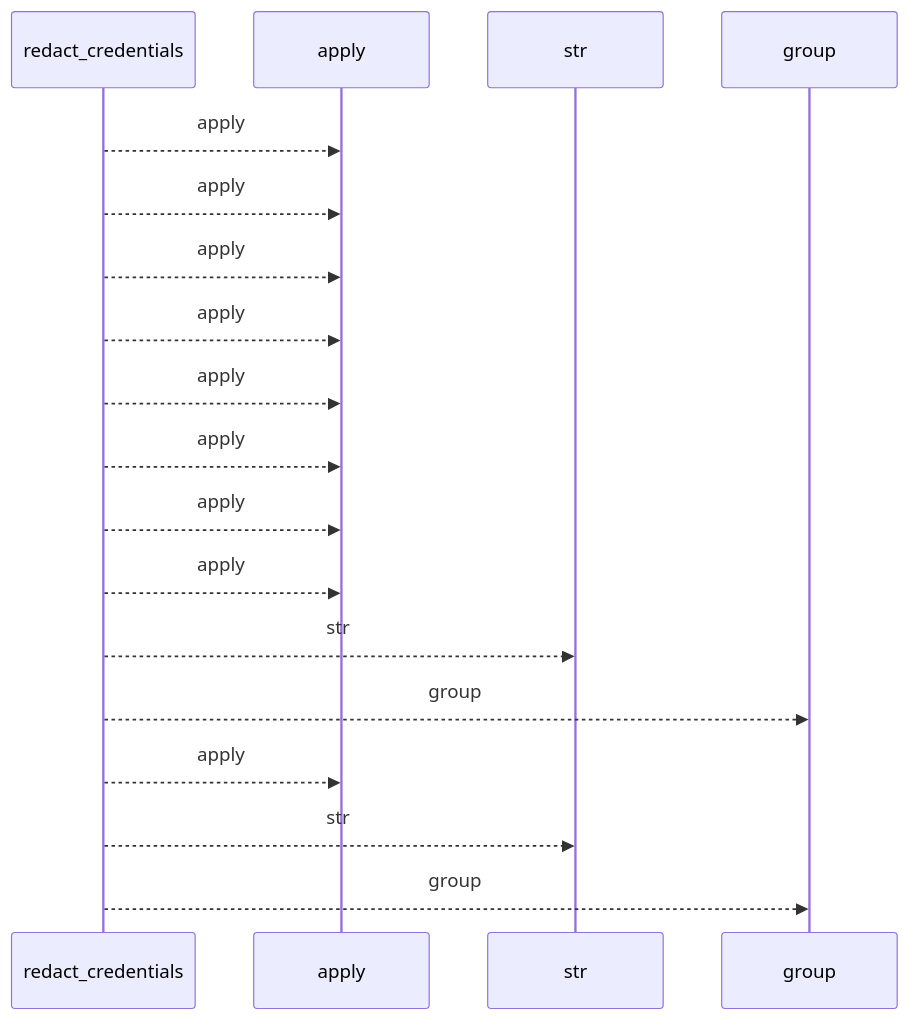
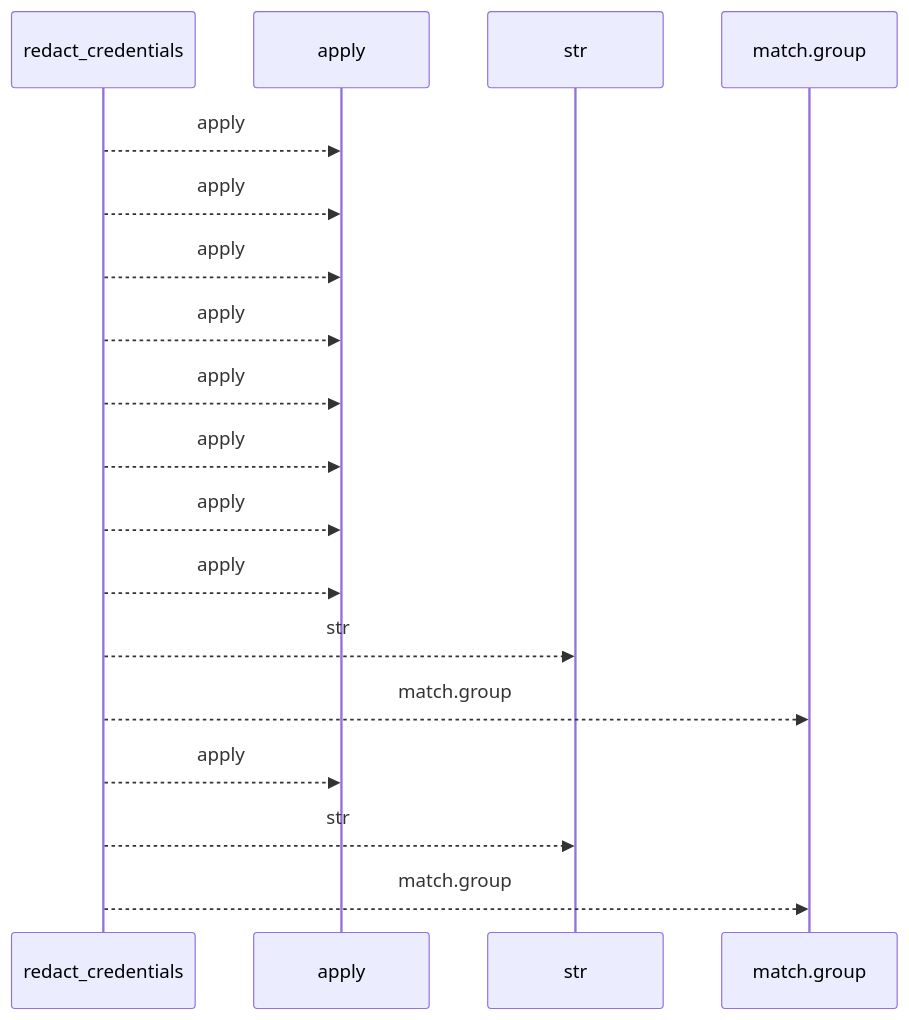
One commit to Denissvgn/python-wiki-llm changed the first of 2 diagrams in docs/llm_wiki/flows/api-redact_credentials.md. Above: the diagram before and after it, drawn with Mermaid. The commit also changed other lines of this file and 719 other files, not shown here.

````diff
--- a/docs/llm_wiki/flows/api-redact_credentials.md
+++ b/docs/llm_wiki/flows/api-redact_credentials.md
@@ -10,20 +10,20 @@
 ```mermaid
 sequenceDiagram
     participant p0 as redact_credentials
     participant p1 as apply
     participant p2 as str
-    participant p3 as group
+    participant p3 as match.group
     p0-->>p1: apply
     p0-->>p1: apply
     p0-->>p1: apply
     p0-->>p1: apply
     p0-->>p1: apply
     p0-->>p1: apply
     p0-->>p1: apply
     p0-->>p1: apply
     p0-->>p2: str
-    p0-->>p3: group
+    p0-->>p3: match.group
     p0-->>p1: apply
     p0-->>p2: str
-    p0-->>p3: group
+    p0-->>p3: match.group
 ```
````
